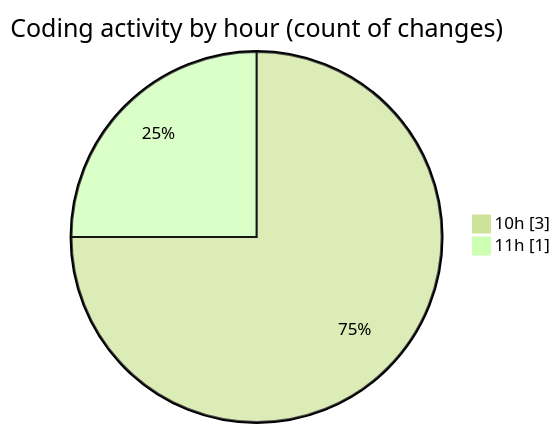
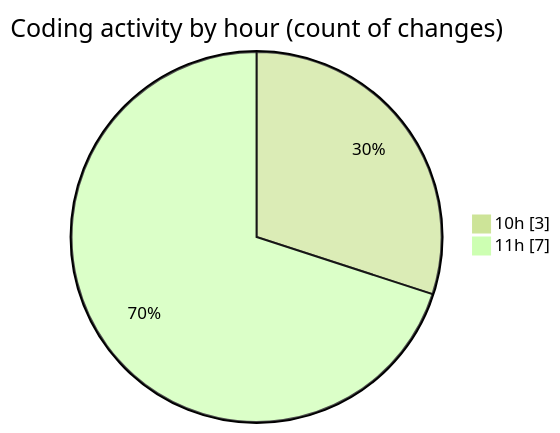
The second of 2 diagrams in 2025-09-19/nxtqube_webapp/README.md (nxtqubesakshisongat/code-tracking), drawn with Mermaid (forest theme) before and after one commit. The commit also changed other lines of this file and 1 other file, not shown here.

````diff
--- a/2025-09-19/nxtqube_webapp/README.md
+++ b/2025-09-19/nxtqube_webapp/README.md
@@ -28,6 +30,6 @@
 ```mermaid
 pie showData
 title Coding activity by hour (count of changes)
 "10h" : 3
-"11h" : 1
+"11h" : 7
 ```
````
